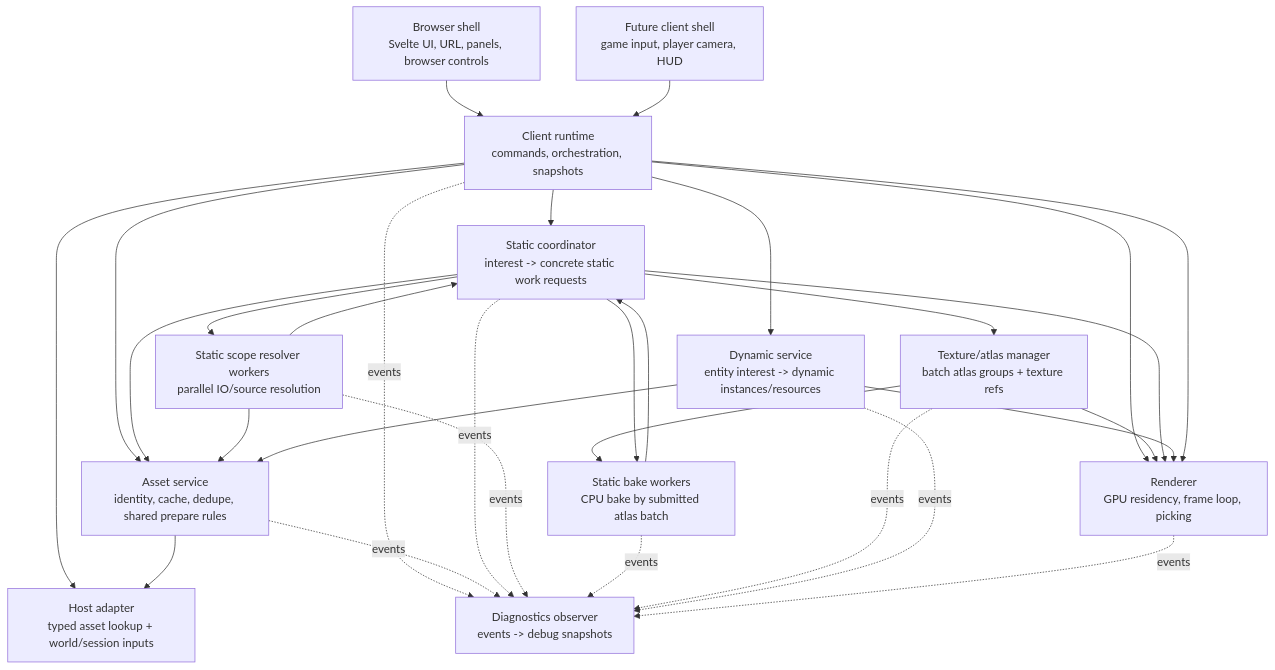
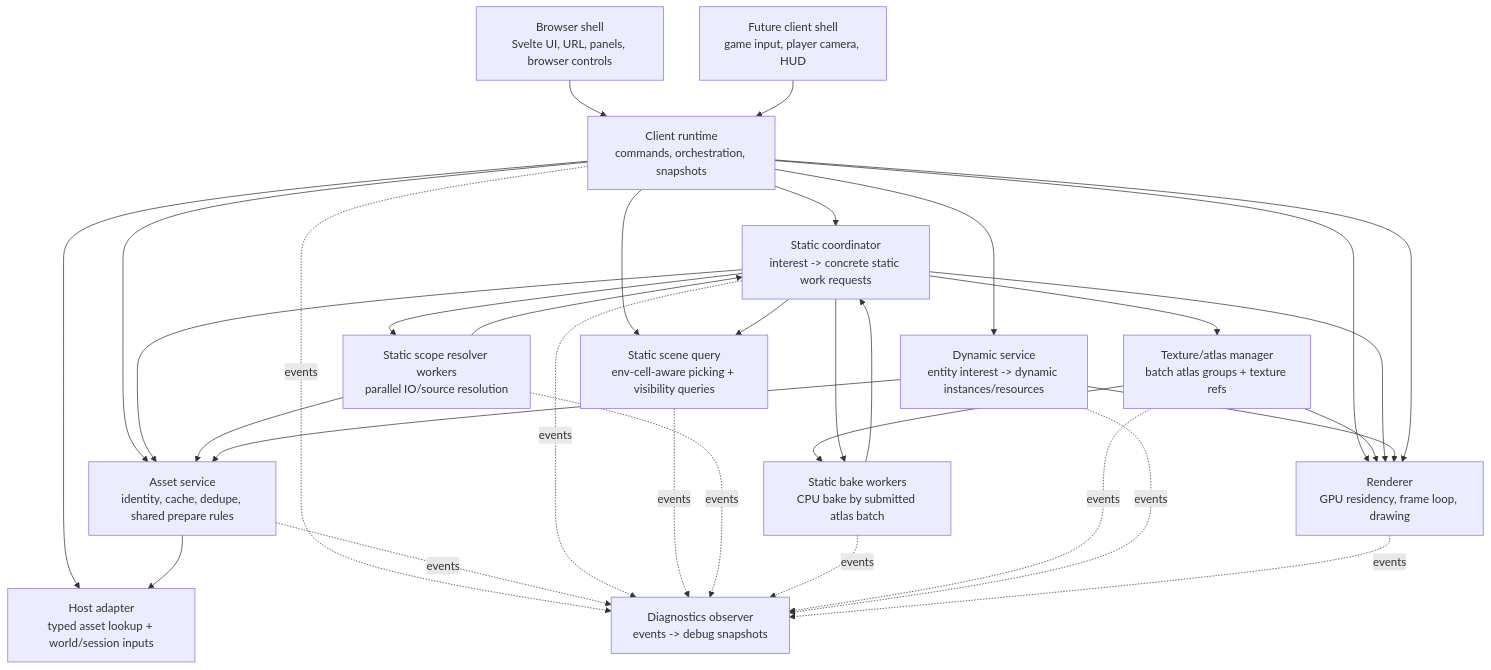
One commit to merklejerk/holtburger changed the sixth of 22 diagrams in docs/plans/holtburger-3d-frontend-v2-design.md. Above: the diagram before and after it, drawn with Mermaid. The commit also changed other lines of this file and 1 other file, not shown here.

````diff
--- a/docs/plans/holtburger-3d-frontend-v2-design.md
+++ b/docs/plans/holtburger-3d-frontend-v2-design.md
@@ -509,48 +510,52 @@
 ```mermaid
 flowchart TB
   BrowserShell["Browser shell<br/>Svelte UI, URL, panels, browser controls"]
   ClientShell["Future client shell<br/>game input, player camera, HUD"]
   Runtime["Client runtime<br/>commands, orchestration, snapshots"]
   Host["Host adapter<br/>typed asset lookup + world/session inputs"]
   Assets["Asset service<br/>identity, cache, dedupe, shared prepare rules"]
   StaticCoordinator["Static coordinator<br/>interest -> concrete static work requests"]
+  StaticSceneQuery["Static scene query<br/>env-cell-aware picking + visibility queries"]
   StaticResolver["Static scope resolver workers<br/>parallel IO/source resolution"]
   TextureManager["Texture/atlas manager<br/>batch atlas groups + texture refs"]
   StaticBaker["Static bake workers<br/>CPU bake by submitted atlas batch"]
   Dynamic["Dynamic service<br/>entity interest -> dynamic instances/resources"]
-  Renderer["Renderer<br/>GPU residency, frame loop, picking"]
+  Renderer["Renderer<br/>GPU residency, frame loop, drawing"]
   Diagnostics["Diagnostics observer<br/>events -> debug snapshots"]
 
   BrowserShell --> Runtime
   ClientShell --> Runtime
   Runtime --> Host
   Runtime --> Assets
   Runtime --> StaticCoordinator
+  Runtime --> StaticSceneQuery
   Runtime --> Dynamic
   Runtime --> Renderer
 
   StaticCoordinator --> Assets
+  StaticCoordinator --> StaticSceneQuery
   StaticCoordinator --> StaticResolver
   StaticCoordinator --> TextureManager
   TextureManager --> StaticBaker
   StaticResolver --> StaticCoordinator
   StaticResolver --> Assets
   StaticCoordinator --> StaticBaker
   StaticBaker --> StaticCoordinator
   Dynamic --> Assets
 
   Assets --> Host
   TextureManager --> Renderer
   StaticCoordinator --> Renderer
   Dynamic --> Renderer
   Runtime --> Renderer
 
   Runtime -. events .-> Diagnostics
   Assets -. events .-> Diagnostics
   StaticCoordinator -. events .-> Diagnostics
+  StaticSceneQuery -. events .-> Diagnostics
   StaticResolver -. events .-> Diagnostics
   StaticBaker -. events .-> Diagnostics
   TextureManager -. events .-> Diagnostics
   Dynamic -. events .-> Diagnostics
   Renderer -. events .-> Diagnostics
 ```
````
